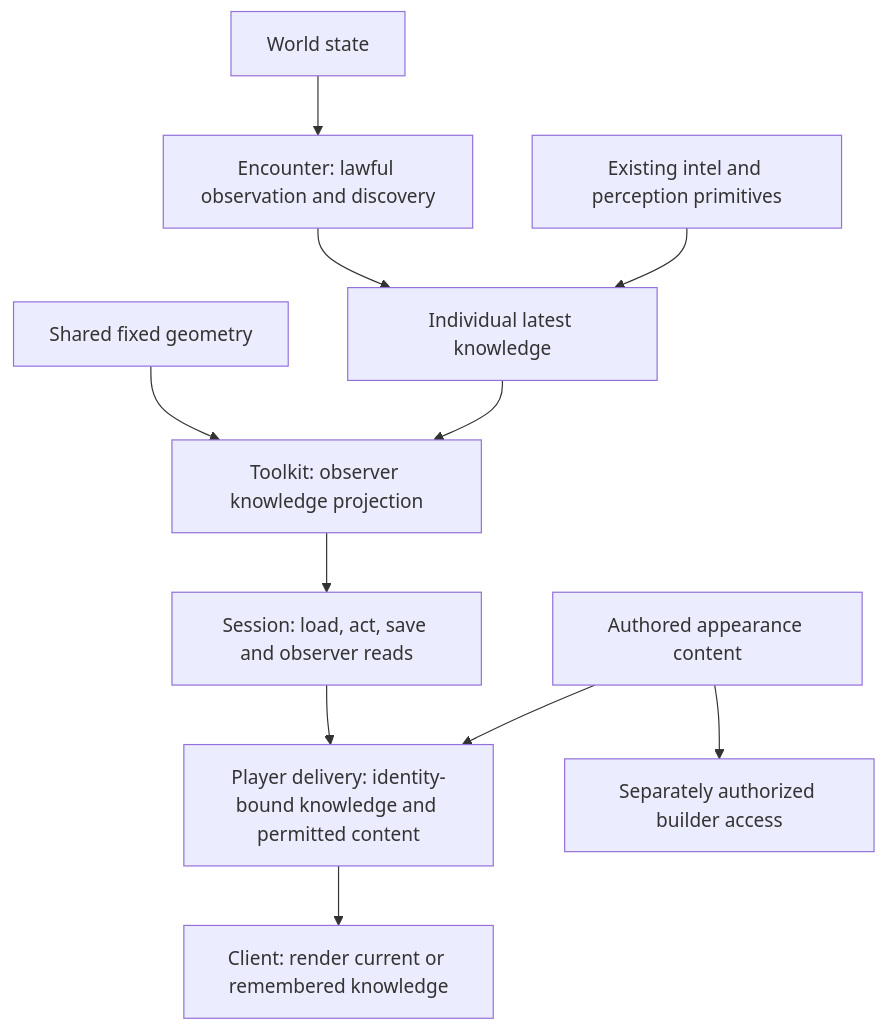
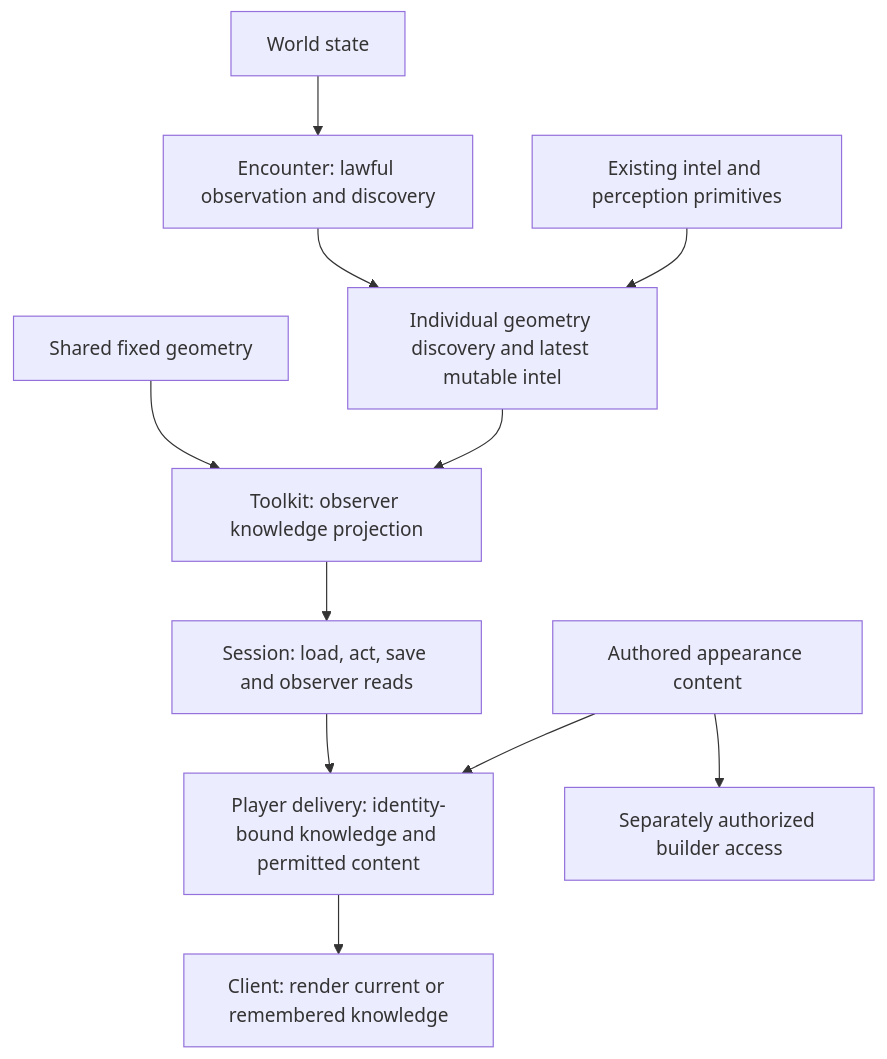
The diagram in ideas/dungeon-intel/design.md (KirkDiggler/rpg-project), drawn with Mermaid before and after one commit. The commit also changed other lines of this file and 2 other files, not shown here.

First line of the commit message:
docs: make unknown-room delivery the first intel proof

````diff
--- a/ideas/dungeon-intel/design.md
+++ b/ideas/dungeon-intel/design.md
@@ -5,13 +5,13 @@
 ```mermaid
 flowchart TD
     W[World state] --> O[Encounter: lawful observation and discovery]
-    O --> K[Individual latest knowledge]
+    O --> K[Individual geometry discovery and latest mutable intel]
     I[Existing intel and perception primitives] --> K
     G[Shared fixed geometry] --> P[Toolkit: observer knowledge projection]
     K --> P
     P --> S[Session: load, act, save and observer reads]
     S --> D[Player delivery: identity-bound knowledge and permitted content]
     C[Authored appearance content] --> D
     D --> V[Client: render current or remembered knowledge]
     C --> B[Separately authorized builder access]
 ```
````
